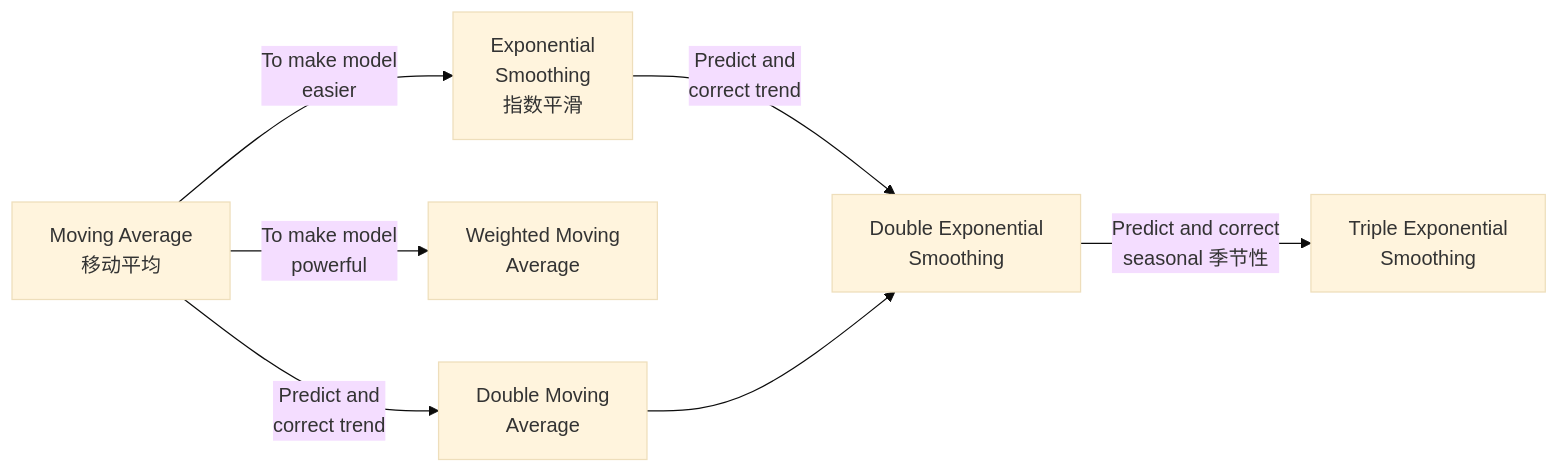
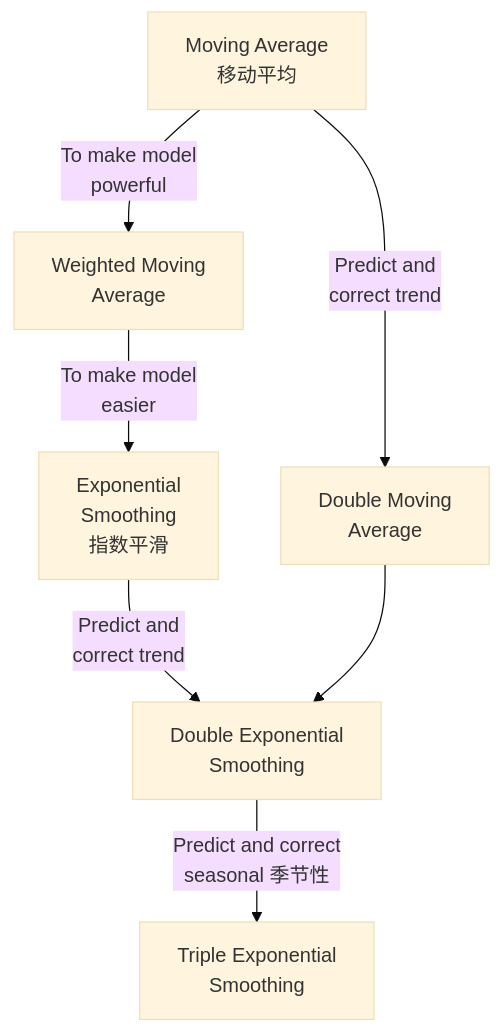
The eighth of 18 diagrams in IS6400_Business_Data_Analytics/notes/M01-导论-商业数据分析全景与工具链.md (CercaTrovato/cityu-ai-course-notes), drawn with Mermaid (base theme) before and after one commit. The commit also changed other lines of this file and 116 other files, not shown here.

````diff
--- a/IS6400_Business_Data_Analytics/notes/M01-导论-商业数据分析全景与工具链.md
+++ b/IS6400_Business_Data_Analytics/notes/M01-导论-商业数据分析全景与工具链.md
@@ -605,9 +1007,9 @@
 ```mermaid
-flowchart LR
+flowchart TD
     MA["Moving Average<br/>移动平均"] -->|"Predict and<br/>correct trend"| DMA["Double Moving<br/>Average"]
     MA -->|"To make model<br/>powerful"| WMA["Weighted Moving<br/>Average"]
-    MA -->|"To make model<br/>easier"| ES["Exponential<br/>Smoothing<br/>指数平滑"]
+    WMA -->|"To make model<br/>easier"| ES["Exponential<br/>Smoothing<br/>指数平滑"]
     ES -->|"Predict and<br/>correct trend"| DES["Double Exponential<br/>Smoothing"]
     DMA --> DES
     DES -->|"Predict and correct<br/>seasonal 季节性"| TES["Triple Exponential<br/>Smoothing"]
 ```
````
